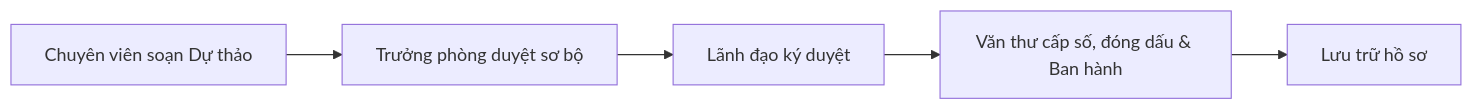
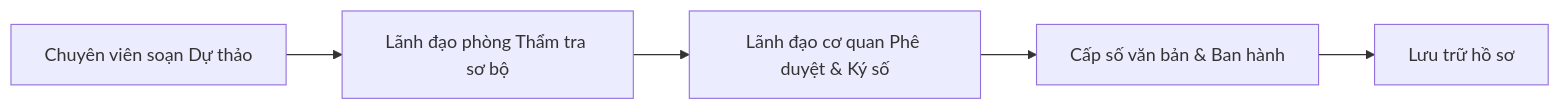
The second of 2 diagrams in README.md (nquynhmai2911/quan-ly-hanh-chinh), drawn with Mermaid before and after one commit. The commit also changed other lines of this file and 3 other files, not shown here.

````diff
--- a/README.md
+++ b/README.md
@@ -56,7 +68,7 @@
 ```mermaid
 flowchart LR
-    A["Chuyên viên soạn Dự thảo"] --> B["Trưởng phòng duyệt sơ bộ"]
-    B --> C["Lãnh đạo ký duyệt"]
-    C --> D["Văn thư cấp số, đóng dấu & Ban hành"]
+    A["Chuyên viên soạn Dự thảo"] --> B["Lãnh đạo phòng Thẩm tra sơ bộ"]
+    B --> C["Lãnh đạo cơ quan Phê duyệt & Ký số"]
+    C --> D["Cấp số văn bản & Ban hành"]
     D --> E["Lưu trữ hồ sơ"]
 ```
````
